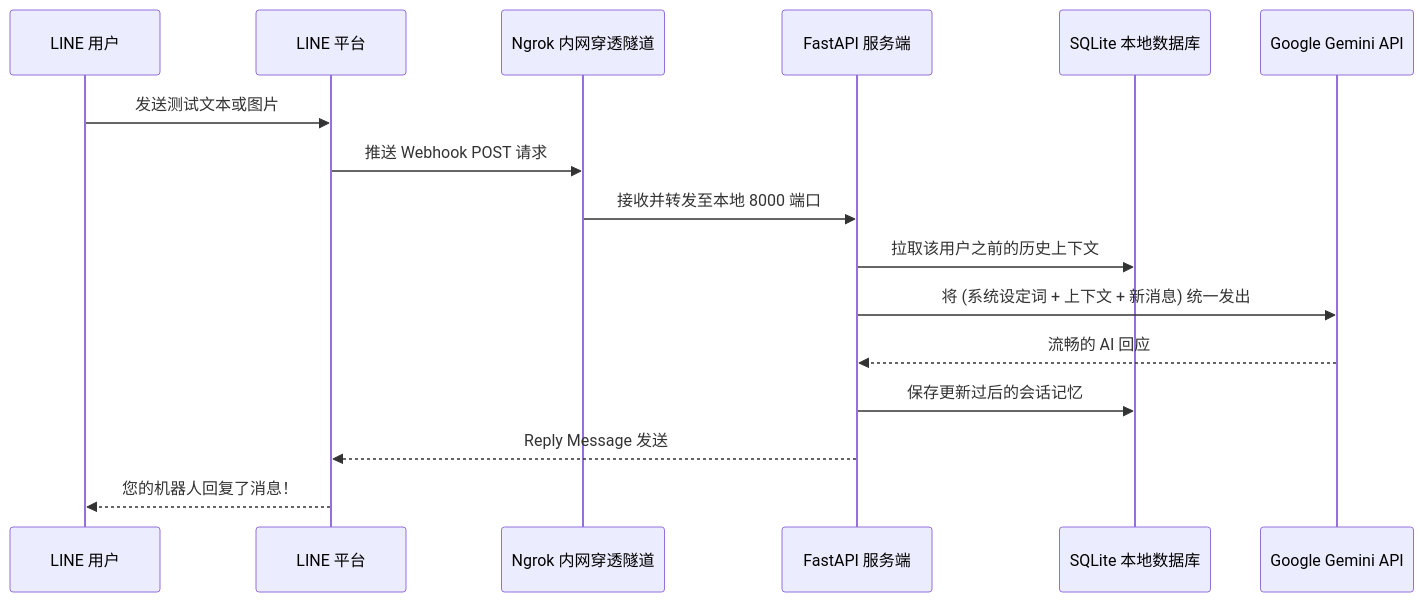
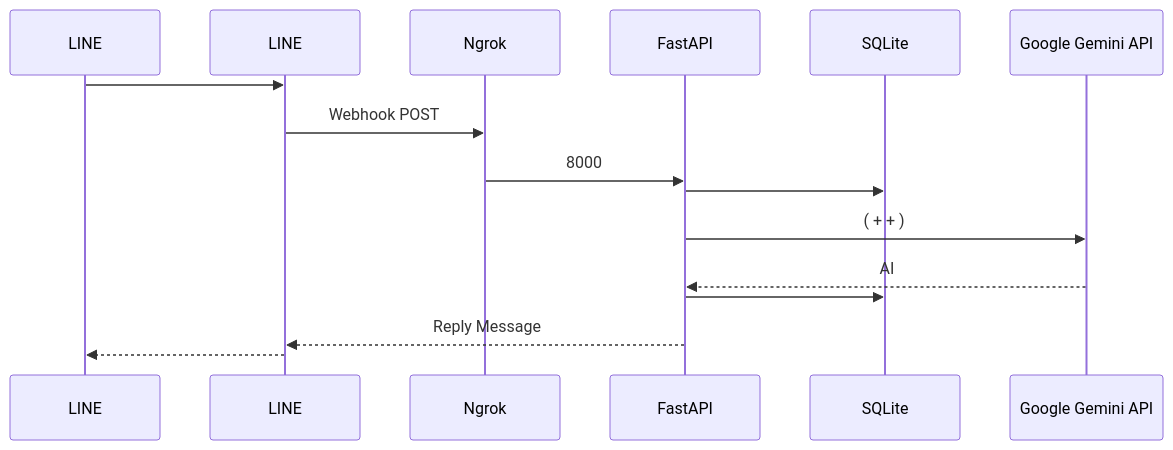
One commit to welltilln/fastapi-line-gemini changed the diagram in docs/README-ZH.md. Above: the diagram before and after it, drawn with Mermaid. The commit also changed other lines of this file and 5 other files, not shown here.

````diff
--- a/docs/README-ZH.md
+++ b/docs/README-ZH.md
@@ -26,19 +26,19 @@
 ```mermaid
 sequenceDiagram
-    participant User as LINE 用户
-    participant LINE as LINE 平台
-    participant Ngrok as Ngrok 内网穿透隧道
-    participant App as FastAPI 服务端
-    participant DB as SQLite 本地数据库
+    participant User as LINE 
+    participant LINE as LINE 
+    participant Ngrok as Ngrok 
+    participant App as FastAPI 
+    participant DB as SQLite 
     participant Gemini as Google Gemini API
 
-    User->>LINE: 发送测试文本或图片
-    LINE->>Ngrok: 推送 Webhook POST 请求
-    Ngrok->>App: 接收并转发至本地 8000 端口
-    App->>DB: 拉取该用户之前的历史上下文
-    App->>Gemini: 将 (系统设定词 + 上下文 + 新消息) 统一发出
-    Gemini-->>App: 流畅的 AI 回应
-    App->>DB: 保存更新过后的会话记忆
-    App-->>LINE: Reply Message 发送
-    LINE-->>User: 您的机器人回复了消息！
+    User->>LINE: 
+    LINE->>Ngrok:  Webhook POST 
+    Ngrok->>App:  8000 
+    App->>DB: 
+    App->>Gemini:  ( +  + ) 
+    Gemini-->>App:  AI 
+    App->>DB: 
+    App-->>LINE: Reply Message 
+    LINE-->>User: 
 ```
````
